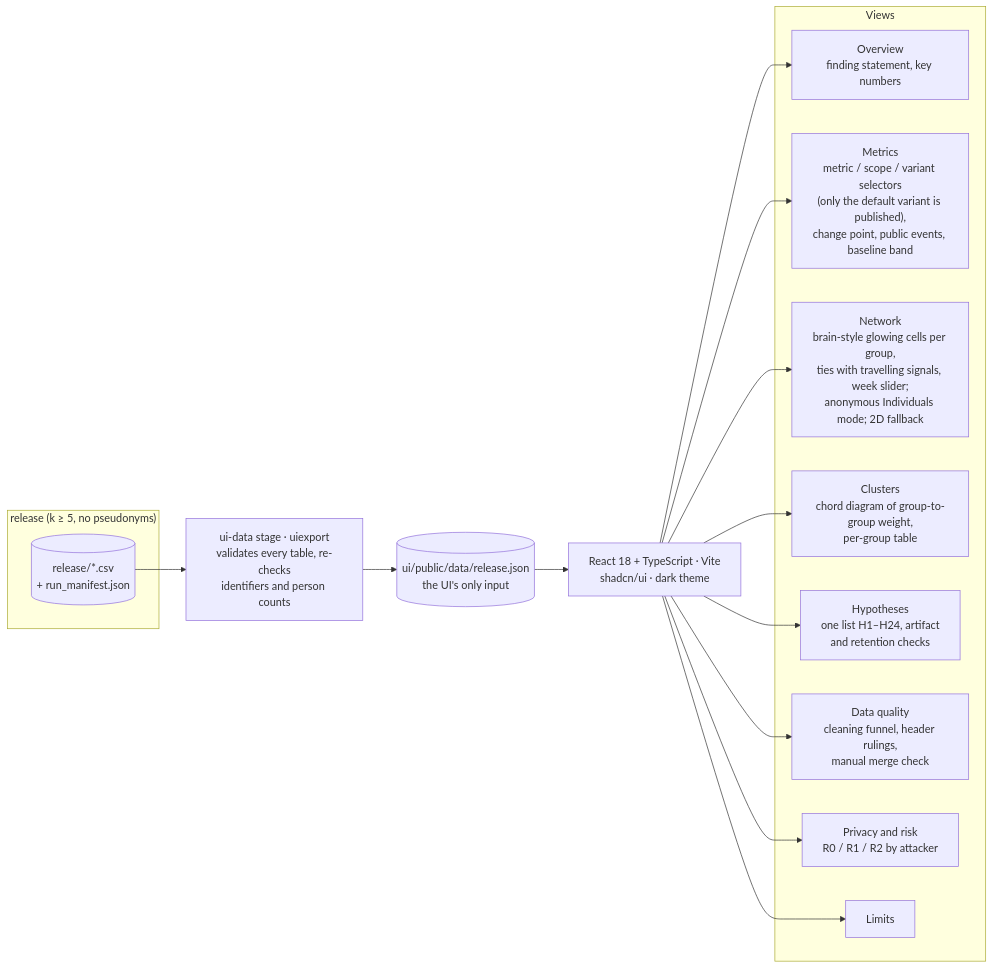
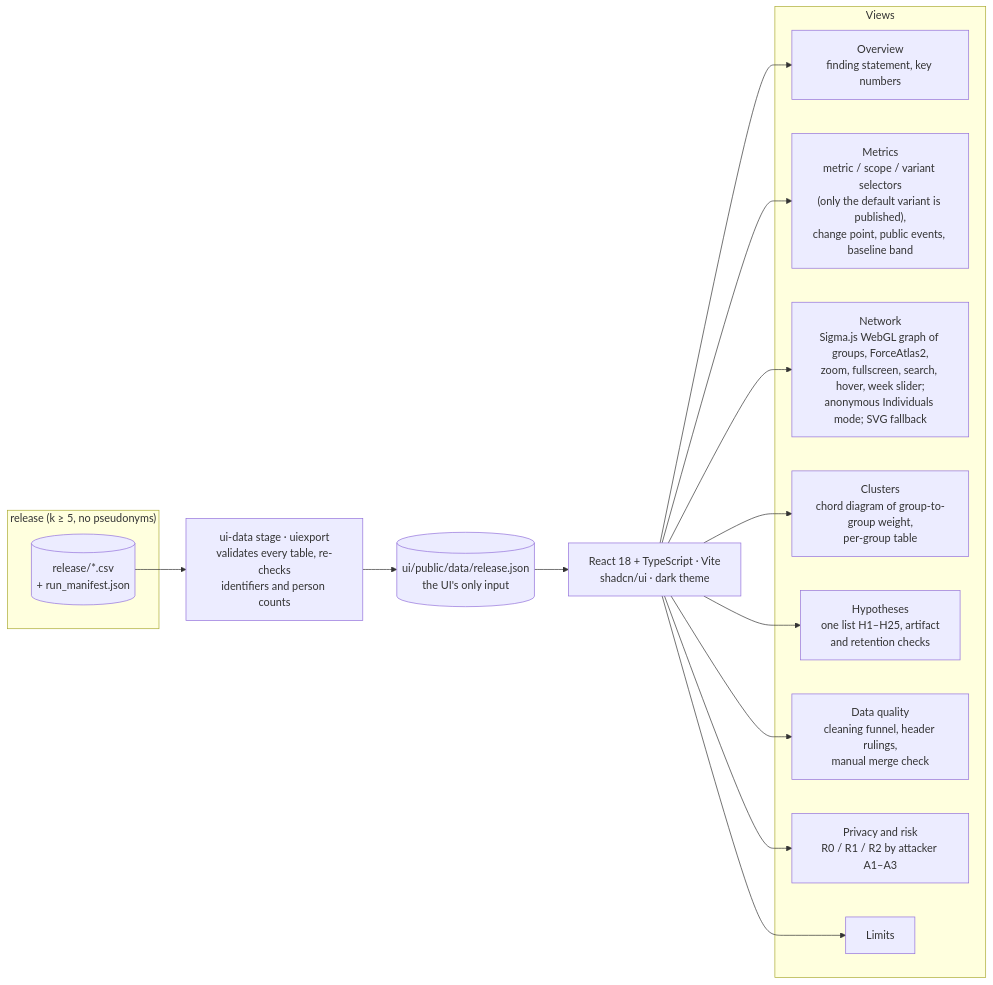
One commit to marcusvieira88/network-science changed the sixth of 6 diagrams in docs/architecture.md. Above: the diagram before and after it, drawn with Mermaid. The commit also changed other lines of this file and 17 other files, not shown here.

````diff
--- a/docs/architecture.md
+++ b/docs/architecture.md
@@ -215,20 +230,20 @@
 ```mermaid
 flowchart LR
     subgraph REL["release (k ≥ 5, no pseudonyms)"]
         T8[(release/*.csv<br/>+ run_manifest.json)]
     end
     T8 --> S10[ui-data stage · uiexport<br/>validates every table, re-checks<br/>identifiers and person counts]
     S10 --> J[(ui/public/data/release.json<br/>the UI's only input)]
     J --> APP[React 18 + TypeScript · Vite<br/>shadcn/ui · dark theme]
     subgraph Views
         V1[Overview<br/>finding statement, key numbers]
         V2["Metrics<br/>metric / scope / variant selectors<br/>(only the default variant is published),<br/>change point, public events, baseline band"]
-        V3[Network<br/>brain-style glowing cells per group,<br/>ties with travelling signals, week slider;<br/>anonymous Individuals mode; 2D fallback]
+        V3[Network<br/>Sigma.js WebGL graph of groups, ForceAtlas2,<br/>zoom, fullscreen, search, hover, week slider;<br/>anonymous Individuals mode; SVG fallback]
         V4[Clusters<br/>chord diagram of group-to-group weight,<br/>per-group table]
-        V5[Hypotheses<br/>one list H1–H24, artifact<br/>and retention checks]
+        V5[Hypotheses<br/>one list H1–H25, artifact<br/>and retention checks]
         V6[Data quality<br/>cleaning funnel, header rulings,<br/>manual merge check]
-        V7[Privacy and risk<br/>R0 / R1 / R2 by attacker]
+        V7[Privacy and risk<br/>R0 / R1 / R2 by attacker A1–A3]
         V8[Limits]
     end
     APP --> V1 & V2 & V3 & V4 & V5 & V6 & V7 & V8
 ```
````
